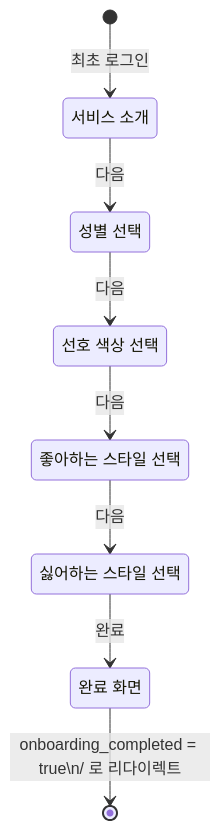
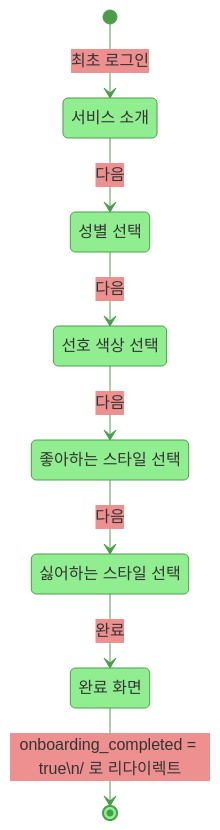
One commit to young017/weather changed the fourth of 5 diagrams in 코드이해문서.md. Above: the diagram before and after it, drawn with Mermaid. The commit also changed other lines of this file, not shown here.

Commit message:
docs: 헤더 원상복구, Mermaid 다이어그램 연두색 테마 적용

````diff
--- a/코드이해문서.md
+++ b/코드이해문서.md
@@ -148,17 +151,18 @@
 ```mermaid
+%%{init: {'theme': 'base', 'themeVariables': {'primaryColor': '#90EE90', 'primaryBorderColor': '#4a9e4a', 'lineColor': '#4a9e4a'}}}%%
 stateDiagram-v2
     [*] --> Intro : 최초 로그인
     Intro --> Gender : 다음
     Gender --> Color : 다음
     Color --> LikedStyles : 다음
     LikedStyles --> DislikedStyles : 다음
     DislikedStyles --> Complete : 완료
     Complete --> [*] : onboarding_completed = true\n/ 로 리다이렉트
 
     Intro : 서비스 소개
     Gender : 성별 선택
     Color : 선호 색상 선택
     LikedStyles : 좋아하는 스타일 선택
     DislikedStyles : 싫어하는 스타일 선택
     Complete : 완료 화면
 ```
````
